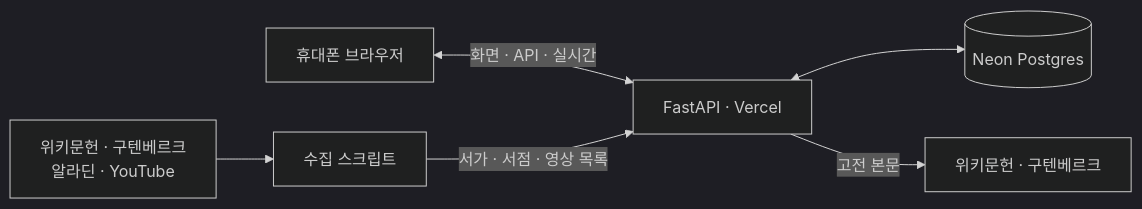
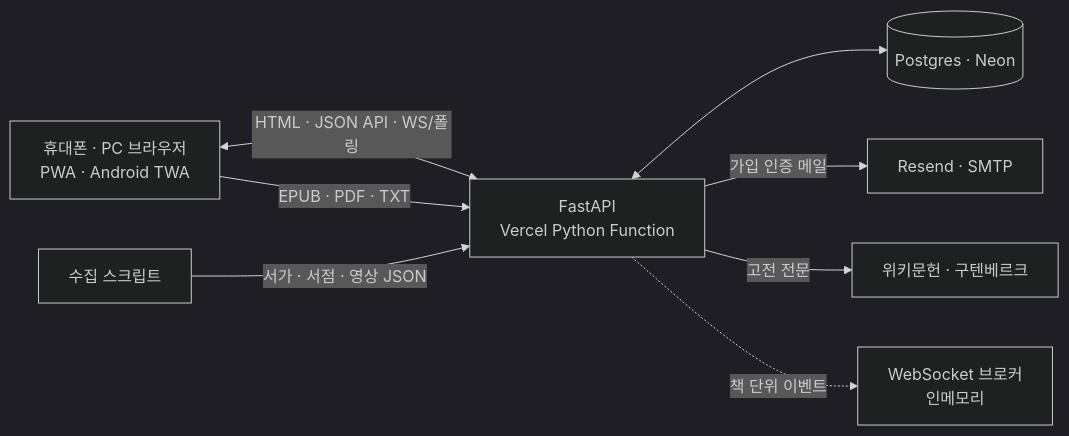
The second of 2 diagrams in README.md (10x4hs/haedok), drawn with Mermaid (dark theme) before and after one commit. The commit also changed other lines of this file and 2 other files, not shown here.

First line of the commit message:
docs(readme): rewrite README in Korean and English with current features and architecture

````diff
--- a/README.md
+++ b/README.md
@@ -76,8 +83,10 @@
 ```mermaid
 flowchart LR
-    U[휴대폰 브라우저] <-->|화면 · API · 실시간| S[FastAPI · Vercel]
-    S <--> D[(Neon Postgres)]
-    S -->|고전 본문| W[위키문헌 · 구텐베르크]
-    X[수집 스크립트] -->|서가 · 서점 · 영상 목록| S
-    O[위키문헌 · 구텐베르크<br/>알라딘 · YouTube] --> X
+    U[휴대폰 · PC 브라우저<br/>PWA · Android TWA] <-->|HTML · JSON API · WS/폴링| S[FastAPI<br/>Vercel Python Function]
+    S <--> D[(Postgres · Neon)]
+    S -->|가입 인증 메일| M[Resend · SMTP]
+    S -->|고전 전문| W[위키문헌 · 구텐베르크]
+    U -->|EPUB · PDF · TXT| S
+    S -.->|책 단위 이벤트| B[WebSocket 브로커<br/>인메모리]
+    X[수집 스크립트] -->|서가 · 서점 · 영상 JSON| S
 ```
````
